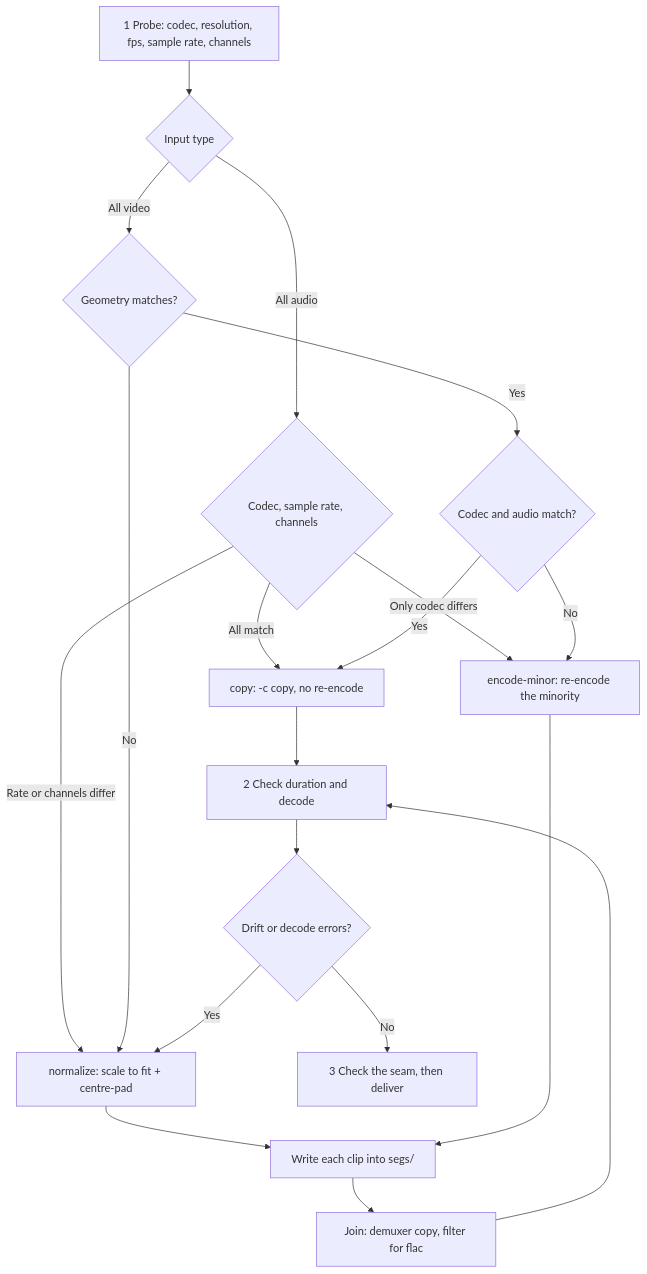
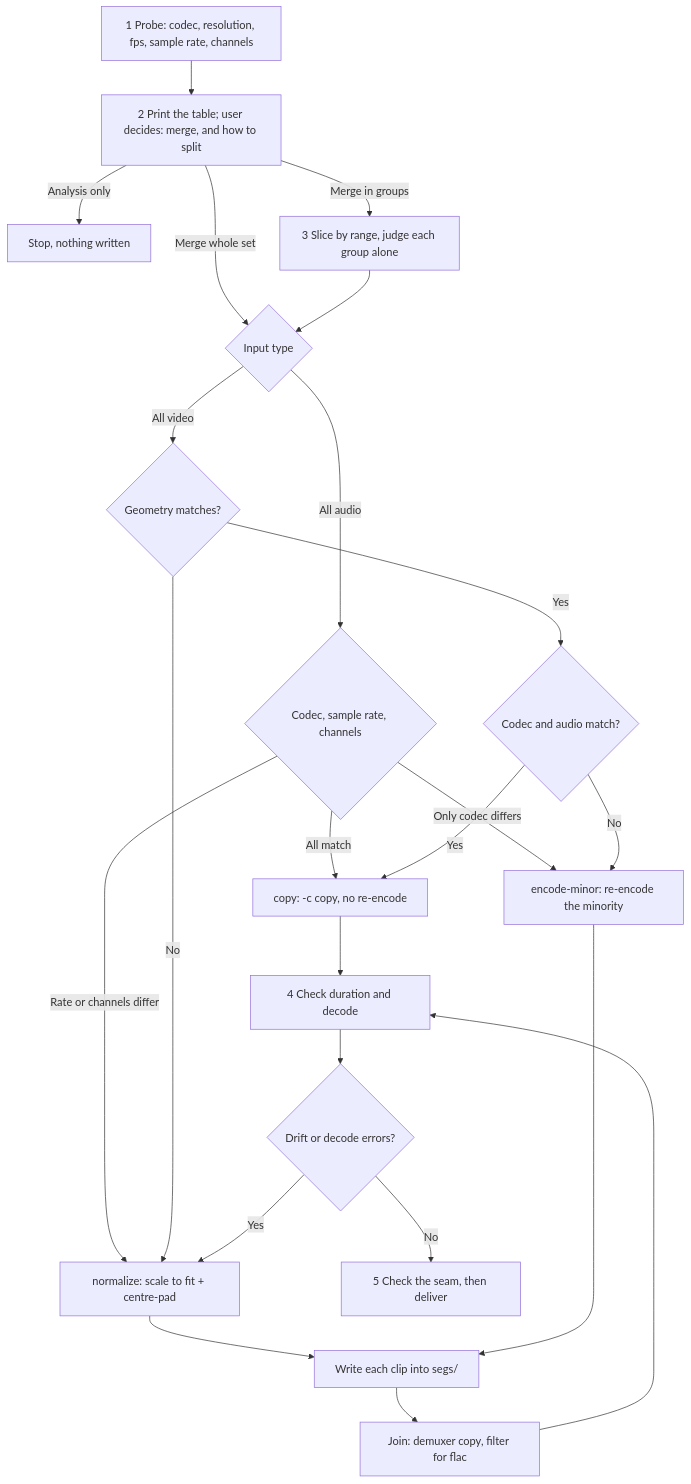
The second of 11 diagrams in README.en.md (ivaquero/skills), drawn with Mermaid before and after one commit. The commit also changed other lines of this file and 6 other files, not shown here.

````diff
--- a/README.en.md
+++ b/README.en.md
@@ -334,21 +343,25 @@
 ```mermaid
 flowchart TD
-    A["1 Probe: codec, resolution, fps, sample rate, channels"] --> T{"Input type"}
+    A["1 Probe: codec, resolution, fps, sample rate, channels"] --> P["2 Print the table; user decides: merge, and how to split"]
+    P -->|Analysis only| Z["Stop, nothing written"]
+    P -->|Merge whole set| T{"Input type"}
+    P -->|Merge in groups| S["3 Slice by range, judge each group alone"]
+    S --> T
     T -->|All audio| B1{"Codec, sample rate, channels"}
     B1 -->|All match| E
     B1 -->|Only codec differs| F
     B1 -->|Rate or channels differ| C
     T -->|All video| B{"Geometry matches?"}
     B -->|No| C
     B -->|Yes| D{"Codec and audio match?"}
     D -->|Yes| E["copy: -c copy, no re-encode"]
     D -->|No| F["encode-minor: re-encode the minority"]
     C["normalize: scale to fit + centre-pad"] --> G["Write each clip into segs/"]
     F --> G
     G --> H["Join: demuxer copy, filter for flac"]
-    E --> I["2 Check duration and decode"]
+    E --> I["4 Check duration and decode"]
     H --> I
     I --> J{"Drift or decode errors?"}
     J -->|Yes| C
-    J -->|No| K["3 Check the seam, then deliver"]
+    J -->|No| K["5 Check the seam, then deliver"]
 ```
````
